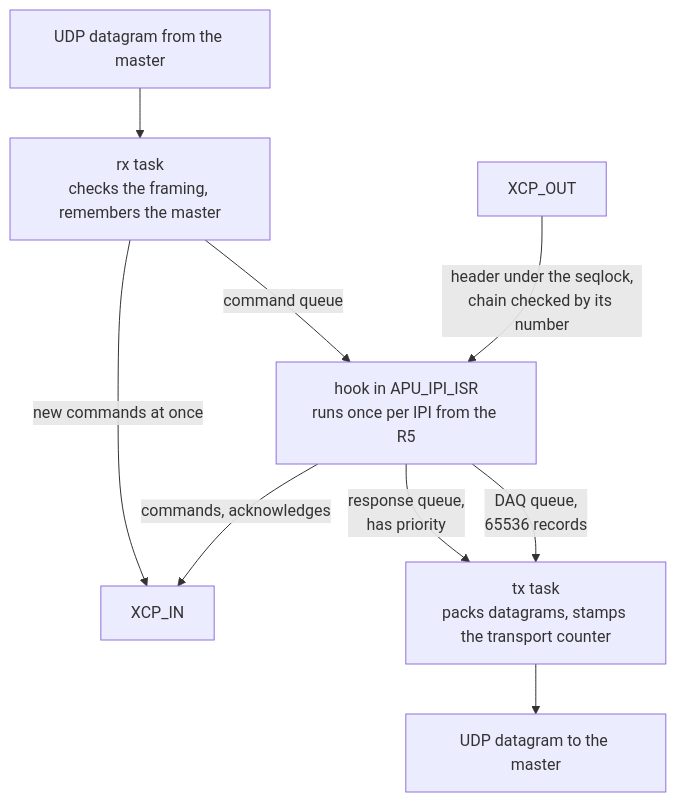
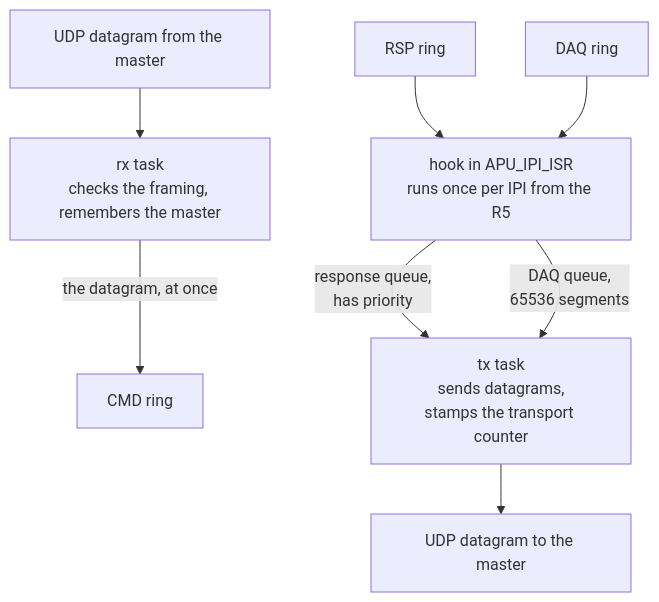
Before and after one commit to ultrazohm/ultrazohm_sw: the third of 5 diagrams in docs/source/guide/XCP/XCP_architecture.rst, drawn with Mermaid. The commit also changed other lines of this file and 2 other files, not shown here.

First line of the commit message:
docs: XCP pages describe the OCM rings, the DAQ budget and 8-byte writes

```diff
--- a/docs/source/guide/XCP/XCP_architecture.rst
+++ b/docs/source/guide/XCP/XCP_architecture.rst
@@ -141,13 +176,12 @@
 .. mermaid::
     :align: center
     :caption: Tasks, queues and interrupt hook of the gateway on the A53
 
     flowchart TB
       min["UDP datagram from the master"] --> rx["rx task<br>checks the framing, remembers the master"]
-      rx -- "command queue" --> isr["hook in APU_IPI_ISR<br>runs once per IPI from the R5"]
-      rx -- "new commands at once" --> xin
-      xout["XCP_OUT"] -- "header under the seqlock,<br>chain checked by its number" --> isr
-      isr -- "commands, acknowledges" --> xin["XCP_IN"]
-      isr -- "response queue,<br>has priority" --> tx["tx task<br>packs datagrams, stamps the transport counter"]
-      isr -- "DAQ queue,<br>65536 records" --> tx
+      rx -- "the datagram, at once" --> cmd["CMD ring"]
+      rsp["RSP ring"] --> isr["hook in APU_IPI_ISR<br>runs once per IPI from the R5"]
+      daq["DAQ ring"] --> isr
+      isr -- "response queue,<br>has priority" --> tx["tx task<br>sends datagrams,<br>stamps the transport counter"]
+      isr -- "DAQ queue,<br>65536 segments" --> tx
       tx --> mout["UDP datagram to the master"]
```
